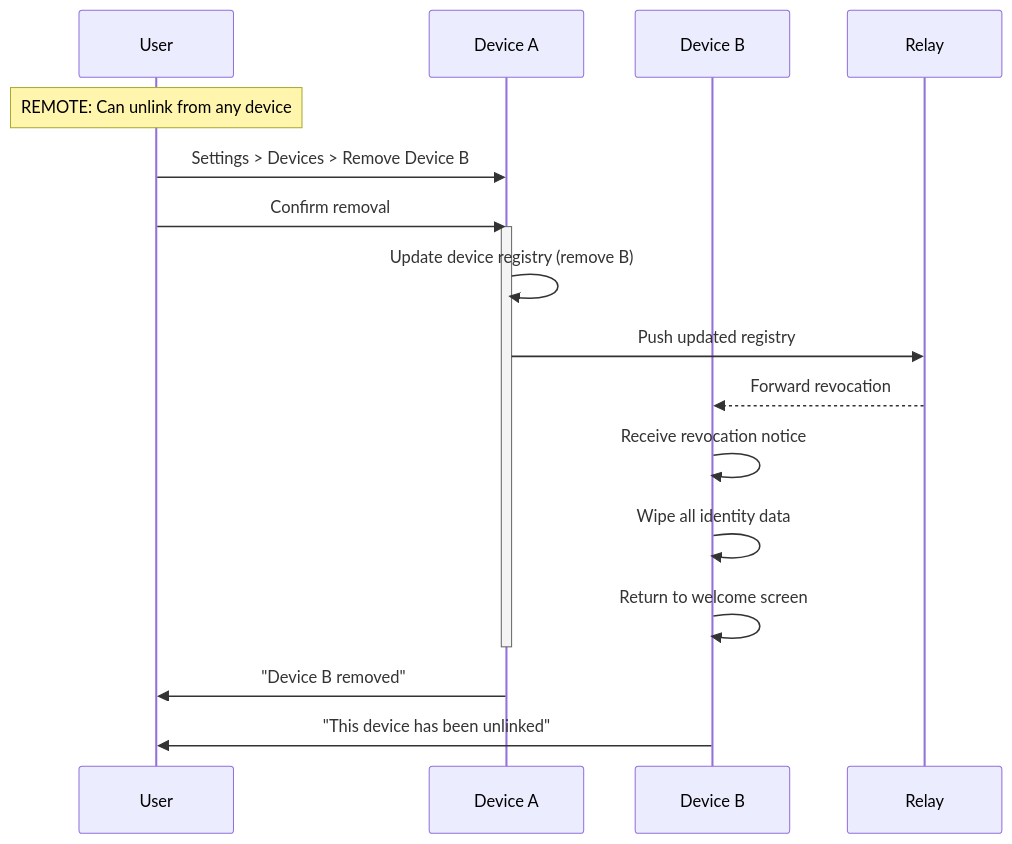
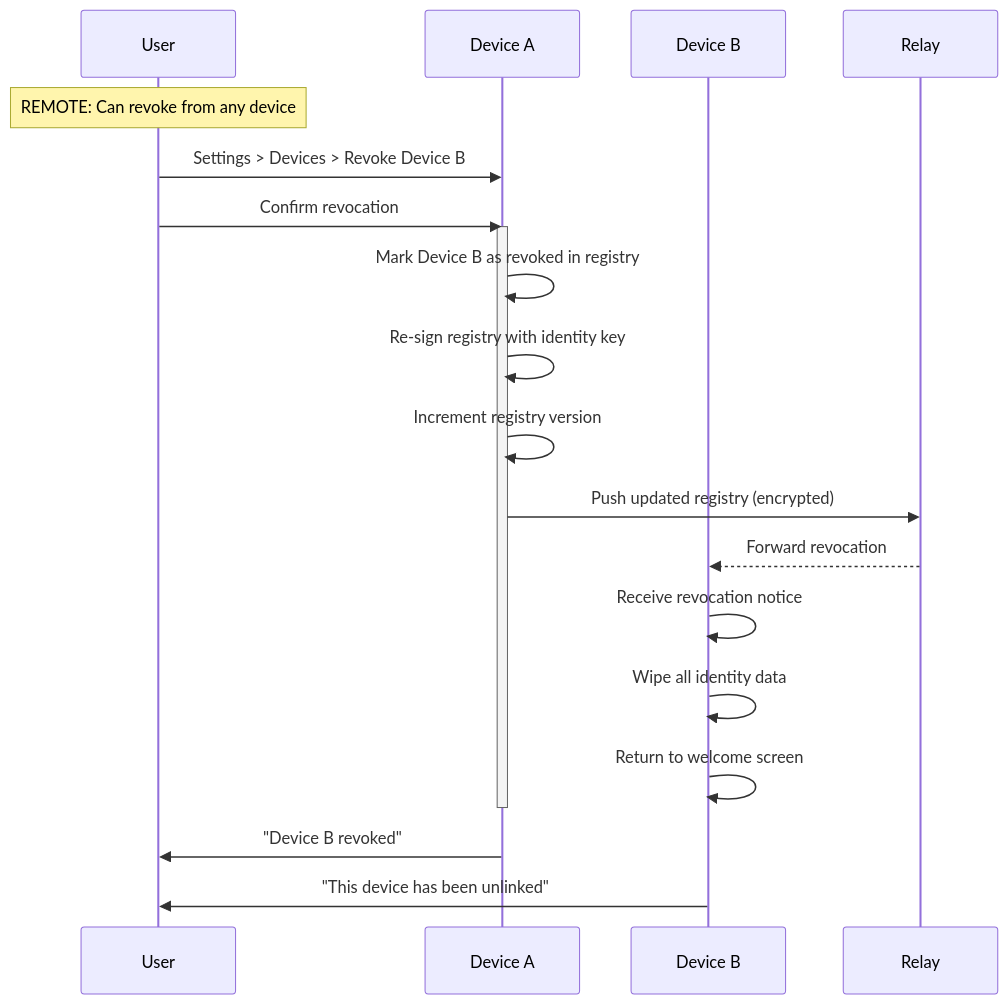
The third of 3 diagrams in docs/developers/diagrams/device-linking.md (vauchi/docs), drawn with Mermaid before and after one commit. The commit also changed other lines of this file and 2 other files, not shown here.

First line of the commit message:
docs: Update device linking documentation to match implementation

````diff
--- a/docs/developers/diagrams/device-linking.md
+++ b/docs/developers/diagrams/device-linking.md
@@ -181,24 +198,26 @@
 ```mermaid
 sequenceDiagram
     participant U as User
     participant DA as Device A
     participant DB as Device B
     participant R as Relay
 
-    Note over U: REMOTE: Can unlink from any device
+    Note over U: REMOTE: Can revoke from any device
 
-    U->>DA: Settings > Devices > Remove Device B
-    U->>DA: Confirm removal
+    U->>DA: Settings > Devices > Revoke Device B
+    U->>DA: Confirm revocation
 
     activate DA
-    DA->>DA: Update device registry (remove B)
-    DA->>R: Push updated registry
+    DA->>DA: Mark Device B as revoked in registry
+    DA->>DA: Re-sign registry with identity key
+    DA->>DA: Increment registry version
+    DA->>R: Push updated registry (encrypted)
     R-->>DB: Forward revocation
     DB->>DB: Receive revocation notice
     DB->>DB: Wipe all identity data
     DB->>DB: Return to welcome screen
     deactivate DA
 
-    DA->>U: "Device B removed"
+    DA->>U: "Device B revoked"
     DB->>U: "This device has been unlinked"
 ```
````
